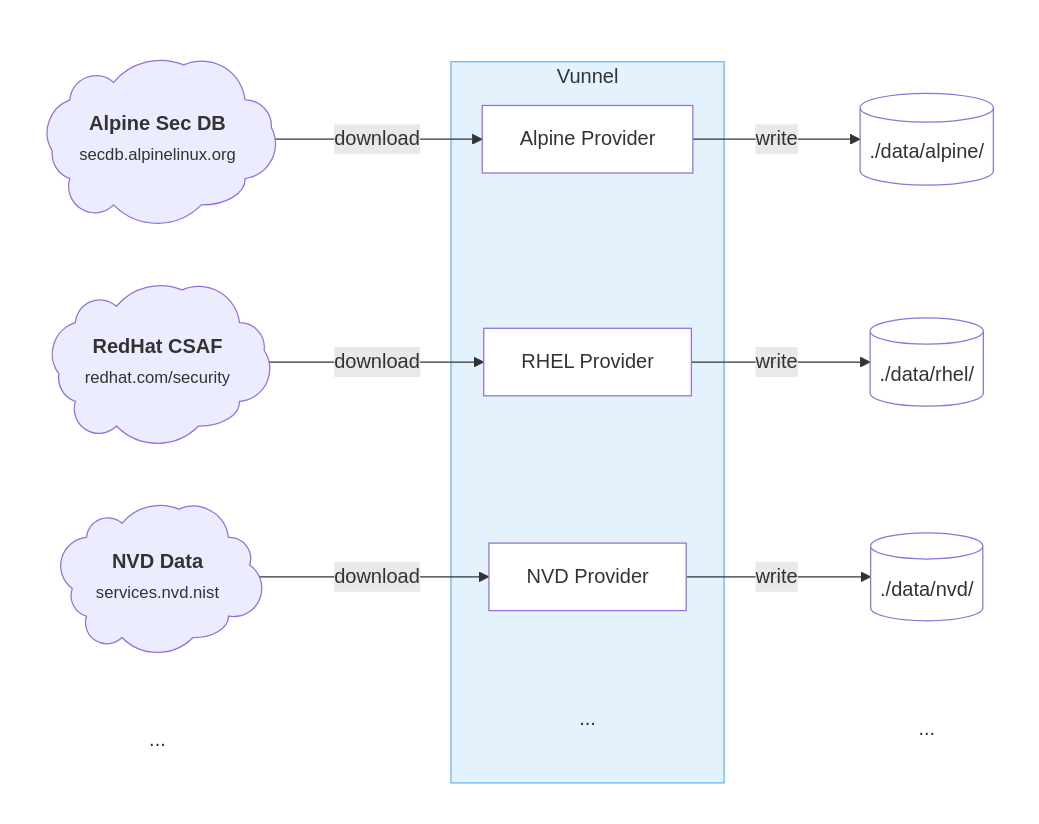
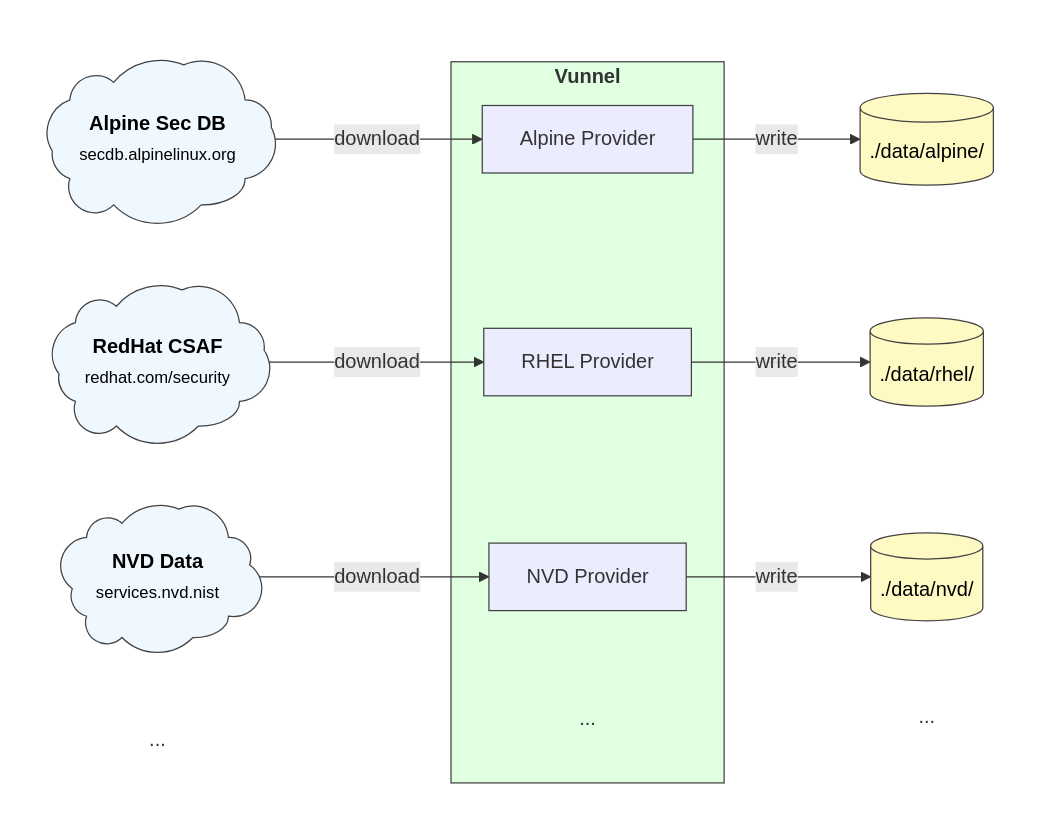
One commit to anchore-oss-update-bot/oss-docs changed the first of 5 diagrams in content/docs/architecture/projects/vunnel.md. Above: the diagram before and after it, drawn with Mermaid. The commit also changed other lines of this file and 1 other file, not shown here.

Commit message:
improve vunnel and overview diagrams

````diff
--- a/content/docs/architecture/projects/vunnel.md
+++ b/content/docs/architecture/projects/vunnel.md
@@ -15,51 +15,57 @@
 ```mermaid
 flowchart LR
     subgraph input[ ]
         alpine_data(((<b>Alpine Sec DB</b><br/><small>secdb.alpinelinux.org</small>)))
         rhel_data(((<b>RedHat CSAF</b><br/><small>redhat.com/security</small>)))
         nvd_data(((<b>NVD Data</b><br/><small>services.nvd.nist</small>)))
         other_data((("...")))
     end
 
-    subgraph vunnel["Vunnel"]
+    subgraph vunnel["<b>Vunnel</b>"]
         alpine_provider[Alpine Provider]
         rhel_provider[RHEL Provider]
         nvd_provider[NVD Provider]
         other_provider[(...)]
     end
 
     subgraph output[ ]
-        alpine_out[(./data/alpine/)]
-        rhel_out[(./data/rhel/)]
-        nvd_out[(./data/nvd/)]
-        other_out[(...)]
+        alpine_out[./data/alpine/]
+        rhel_out[./data/rhel/]
+        nvd_out[./data/nvd/]
+        other_out[...]
     end
 
     alpine_data -->|download| alpine_provider
     rhel_data -->|download| rhel_provider
     nvd_data -->|download| nvd_provider
 
     alpine_provider -->|write| alpine_out
     rhel_provider -->|write| rhel_out
     nvd_provider -->|write| nvd_out
 
 
-    style vunnel fill:#e3f2fd,stroke:#64b5f6,stroke-width:1px
+    vunnel:::Application
 
     style other_data fill:none,stroke:none
     style other_provider fill:none,stroke:none
     style other_out fill:none,stroke:none
     style output fill:none,stroke:none
     style input fill:none,stroke:none
 
-    style alpine_provider fill:#fff
-    style rhel_provider fill:#fff
-    style nvd_provider fill:#fff
-    style alpine_out fill:#fff
-    style rhel_out fill:#fff
-    style nvd_out fill:#fff
+    alpine_data:::ExternalSource@{ shape: cloud }
+    rhel_data:::ExternalSource@{ shape: cloud }
+    nvd_data:::ExternalSource@{ shape: cloud }
+    
+    alpine_provider:::Provider
+    rhel_provider:::Provider
+    nvd_provider:::Provider
+    
+    alpine_out:::Database@{ shape: db }
+    rhel_out:::Database@{ shape: db }
+    nvd_out:::Database@{ shape: db }
 
-    alpine_data@{ shape: cloud }
-    rhel_data@{ shape: cloud }
-    nvd_data@{ shape: cloud }
+    classDef ExternalSource stroke-width:1px, stroke-dasharray:none, stroke:#424242, fill:#f0f8ff, color:#000000
+    classDef Application fill:#e1ffe1,stroke:#424242,stroke-width:1px
+    classDef Provider fill:#none,stroke:#424242,stroke-width:1px
+    classDef Database stroke-width:1px, stroke-dasharray:none, stroke:#424242, fill:#fff9c4, color:#000000
 ```
````
